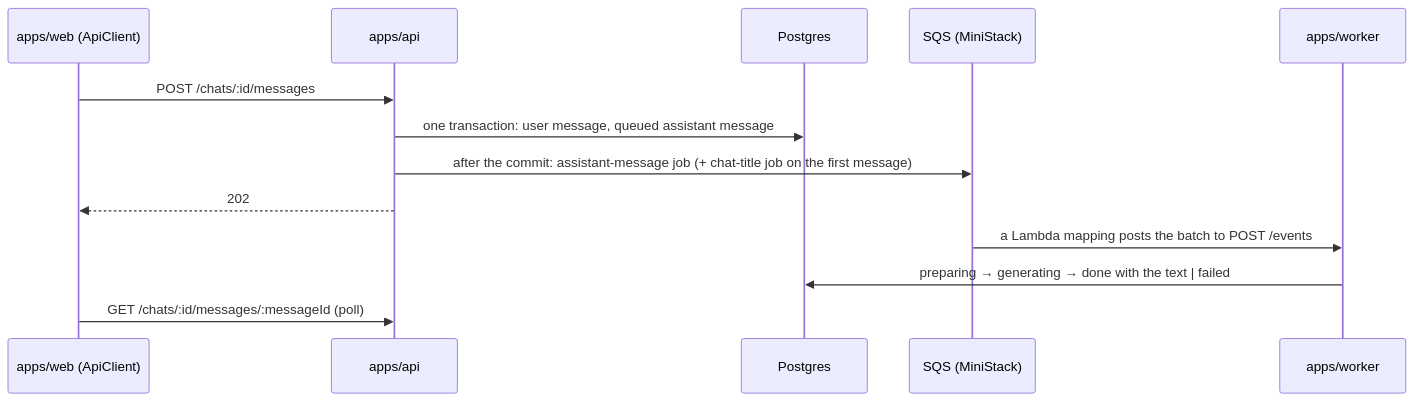
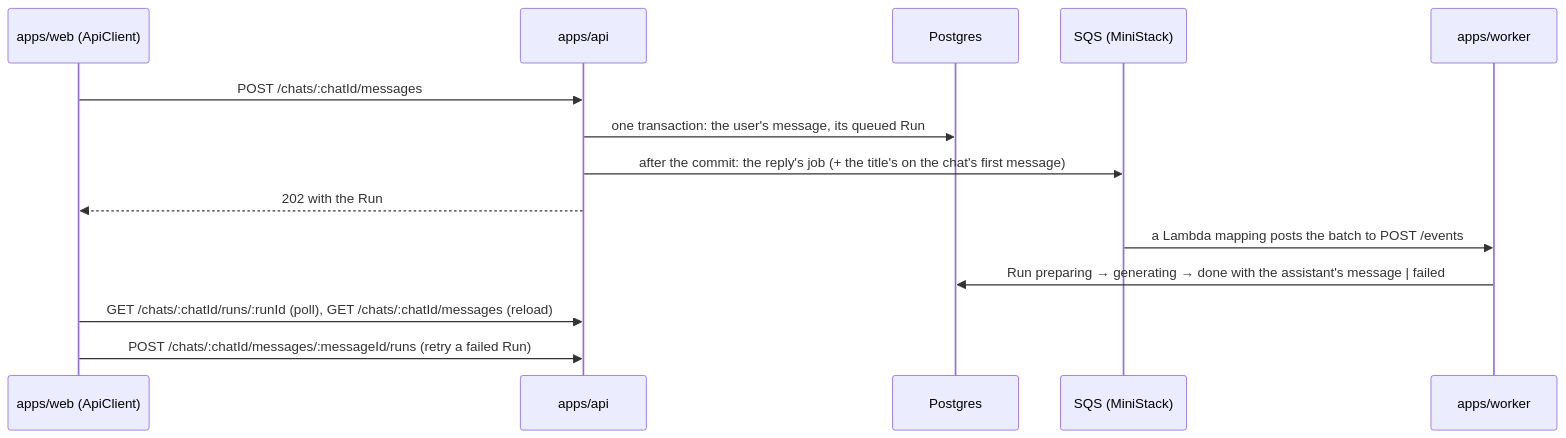
One commit to khotei/app-template changed the first of 3 diagrams in README.md. Above: the diagram before and after it, drawn with Mermaid. The commit also changed other lines of this file and 1 other file, not shown here.

Commit message:
:memo: docs(reply-run): L6.6 Tell the Run flow in the README
The README still told the flow before Runs: a queued assistant message
and a poll of it. It now tells the send that answers its Run, the
worker that moves the Run and writes the reply with its done, the poll
of the Run, the reload of the chat's messages and the retry.

Refs: docs/tickets/2026-11-09-1206_reply-run/

````diff
--- a/README.md
+++ b/README.md
@@ -31,15 +34,16 @@
 ```mermaid
 sequenceDiagram
   participant W as apps/web (ApiClient)
   participant A as apps/api
   participant S as Postgres
   participant Q as SQS (MiniStack)
   participant K as apps/worker
-  W->>A: POST /chats/:id/messages
-  A->>S: one transaction: user message, queued assistant message
-  A->>Q: after the commit: assistant-message job (+ chat-title job on the first message)
-  A-->>W: 202
+  W->>A: POST /chats/:chatId/messages
+  A->>S: one transaction: the user's message, its queued Run
+  A->>Q: after the commit: the reply's job (+ the title's on the chat's first message)
+  A-->>W: 202 with the Run
   Q->>K: a Lambda mapping posts the batch to POST /events
-  K->>S: preparing → generating → done with the text | failed
-  W->>A: GET /chats/:id/messages/:messageId (poll)
+  K->>S: Run preparing → generating → done with the assistant's message | failed
+  W->>A: GET /chats/:chatId/runs/:runId (poll), GET /chats/:chatId/messages (reload)
+  W->>A: POST /chats/:chatId/messages/:messageId/runs (retry a failed Run)
 ```
````
